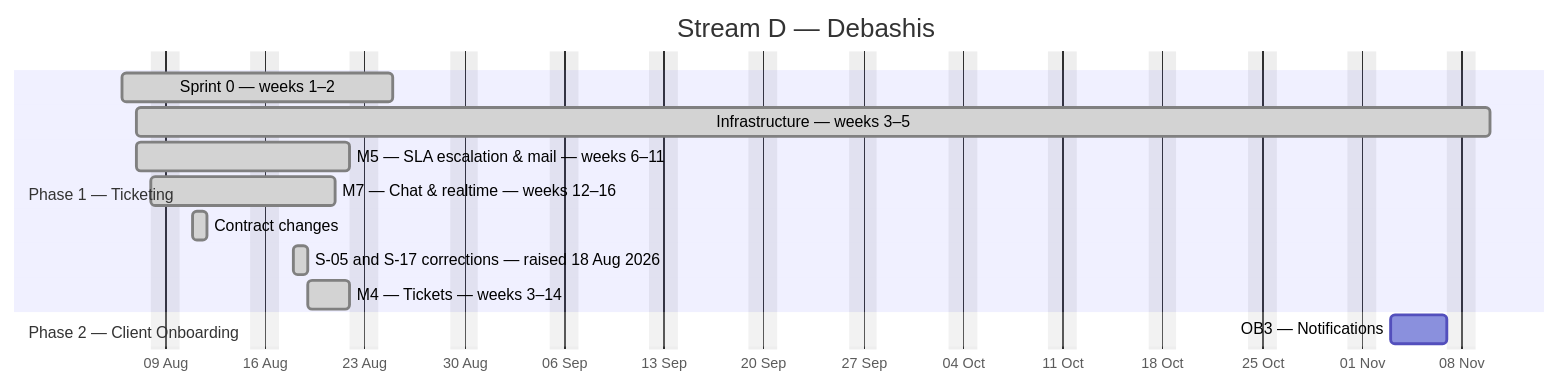
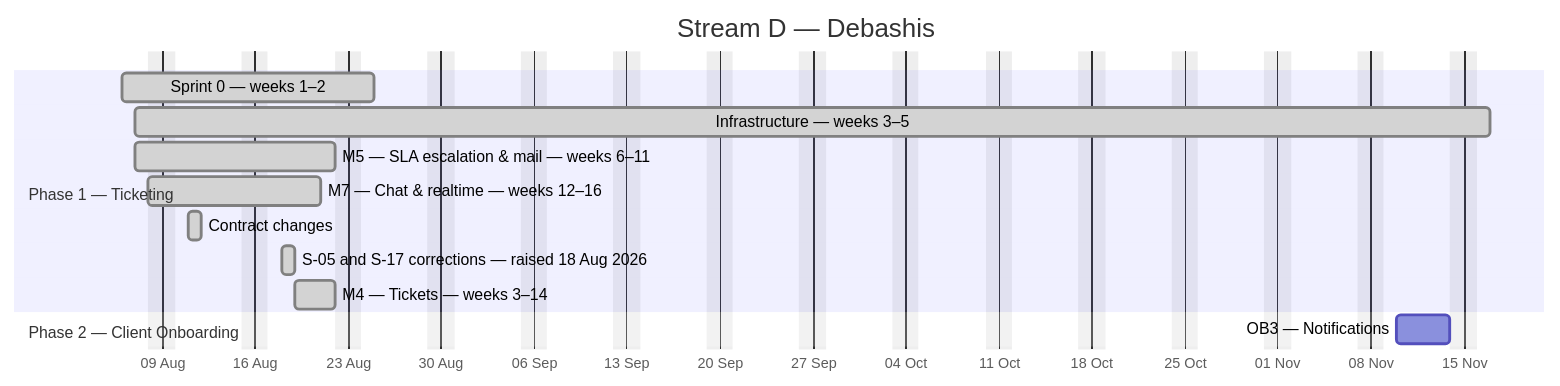
One commit to debashisedunext/EduTrack changed the fourth of 4 diagrams in docs/plan/GANTT.md. Above: the diagram before and after it, drawn with Mermaid. The commit also changed other lines of this file and 2 other files, not shown here.

````diff
--- a/docs/plan/GANTT.md
+++ b/docs/plan/GANTT.md
@@ -173,17 +173,17 @@
 ```mermaid
 gantt
     dateFormat YYYY-MM-DD
     axisFormat %d %b
     title Stream D — Debashis
     excludes weekends
     section Phase 1 — Ticketing
     Sprint 0 — weeks 1–2 :done, d0, 2026-08-06, 13d
-    Infrastructure — weeks 3–5 :done, d1, 2026-08-07, 67d
+    Infrastructure — weeks 3–5 :done, d1, 2026-08-07, 72d
     M5 — SLA  escalation & mail — weeks 6–11 :done, d2, 2026-08-07, 11d
     M7 — Chat & realtime — weeks 12–16 :done, d3, 2026-08-08, 10d
     Contract changes :done, d4, 2026-08-11, 1d
     S-05 and S-17 corrections — raised 18 Aug 2026 :done, d5, 2026-08-18, 1d
     M4 — Tickets — weeks 3–14 :done, d6, 2026-08-19, 3d
     section Phase 2 — Client Onboarding
-    OB3 — Notifications :d7, 2026-11-03, 4d
+    OB3 — Notifications :d7, 2026-11-10, 4d
 ```
````
